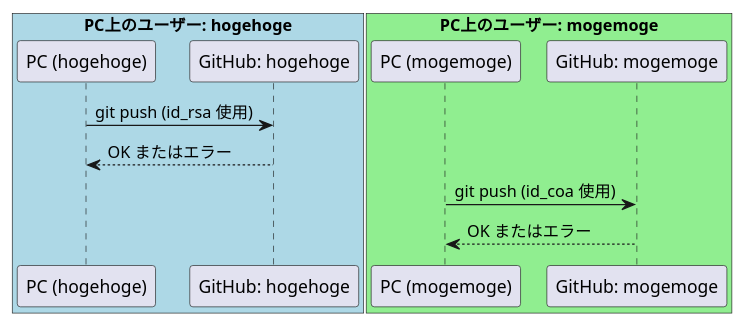
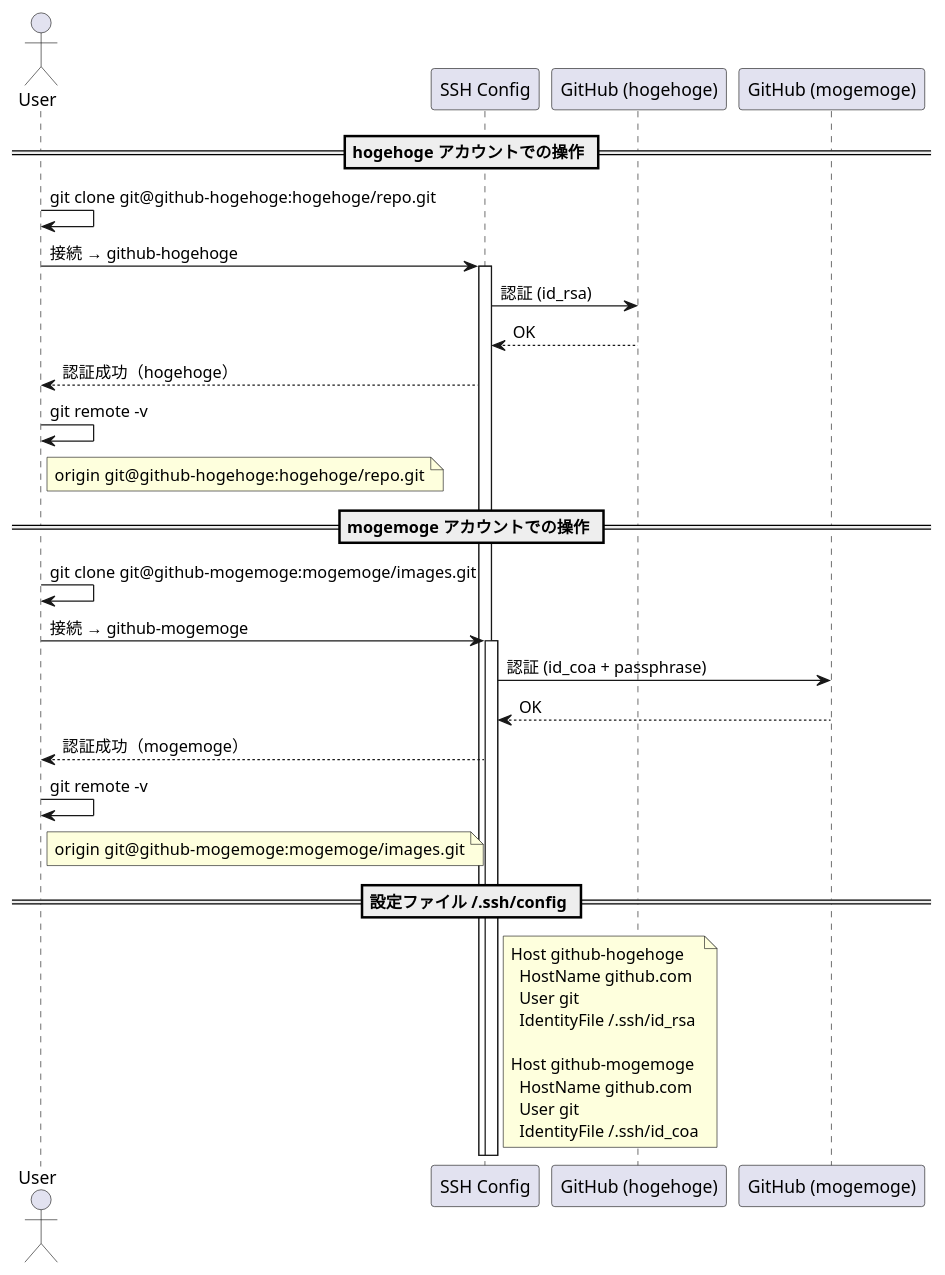
The diagram in it_git_2account.pu (coacoa/images), drawn with PlantUML before and after one commit. The commit also changed 1 other file, not shown here.

```diff
--- a/it_git_2account.pu
+++ b/it_git_2account.pu
@@ -1,19 +1,48 @@
 @startuml
 
-' セクション1: ユーザーhogehogeのSSHキーアクセス
-box "PC上のユーザー: hogehoge" #LightBlue
-participant "PC (hogehoge)"
-participant "GitHub: hogehoge"
-"PC (hogehoge)" -> "GitHub: hogehoge" : git push (id_rsa 使用)
-"GitHub: hogehoge" --> "PC (hogehoge)" : OK またはエラー
-end box
+actor "User" as U
 
-' セクション2: ユーザーmogemogeのSSHキーアクセス
-box "PC上のユーザー: mogemoge" #LightGreen
-participant "PC (mogemoge)"
-participant "GitHub: mogemoge"
-"PC (mogemoge)" -> "GitHub: mogemoge" : git push (id_coa 使用)
-"GitHub: mogemoge" --> "PC (mogemoge)" : OK またはエラー
-end box
+participant "SSH Config" as SSH
+participant "GitHub (hogehoge)" as GH1
+participant "GitHub (mogemoge)" as GH2
+
+== hogehoge アカウントでの操作 ==
+U -> U : git clone git@github-hogehoge:hogehoge/repo.git
+U -> SSH : 接続 → github-hogehoge
+activate SSH
+SSH -> GH1 : 認証 (id_rsa)
+GH1 --> SSH : OK
+SSH --> U : 認証成功（hogehoge）
+
+U -> U : git remote -v
+note right of U
+  origin  git@github-hogehoge:hogehoge/repo.git
+end note
+
+== mogemoge アカウントでの操作 ==
+U -> U : git clone git@github-mogemoge:mogemoge/images.git
+U -> SSH : 接続 → github-mogemoge
+activate SSH
+SSH -> GH2 : 認証 (id_coa + passphrase)
+GH2 --> SSH : OK
+SSH --> U : 認証成功（mogemoge）
+
+U -> U : git remote -v
+note right of U
+  origin  git@github-mogemoge:mogemoge/images.git
+end note
+
+== 設定ファイル ~/.ssh/config ==
+note right of SSH
+  Host github-hogehoge
+    HostName github.com
+    User git
+    IdentityFile ~/.ssh/id_rsa
+
+  Host github-mogemoge
+    HostName github.com
+    User git
+    IdentityFile ~/.ssh/id_coa
+end note
 
 @enduml
```
